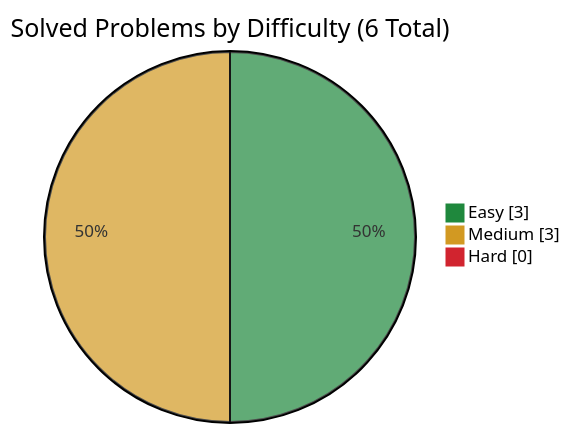
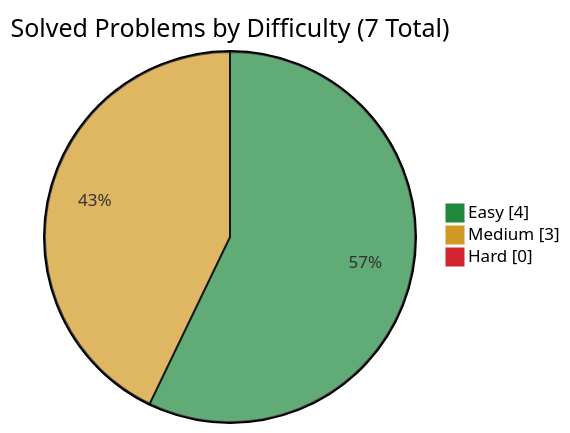
One commit to simonesiega/leetcode-solutions changed the diagram in companies/ibm/README.md. Above: the diagram before and after it, drawn with Mermaid. The commit also changed other lines of this file and 4 other files, not shown here.

````diff
--- a/companies/ibm/README.md
+++ b/companies/ibm/README.md
@@ -13,8 +13,8 @@
 ```mermaid
 %%{init: {"themeVariables": {"pie1": "#1f883d", "pie2": "#d29922", "pie3": "#d1242f"}}}%%
 pie showData
-    title Solved Problems by Difficulty (6 Total)
-    "Easy" : 3
+    title Solved Problems by Difficulty (7 Total)
+    "Easy" : 4
     "Medium" : 3
     "Hard" : 0
 ```
````
